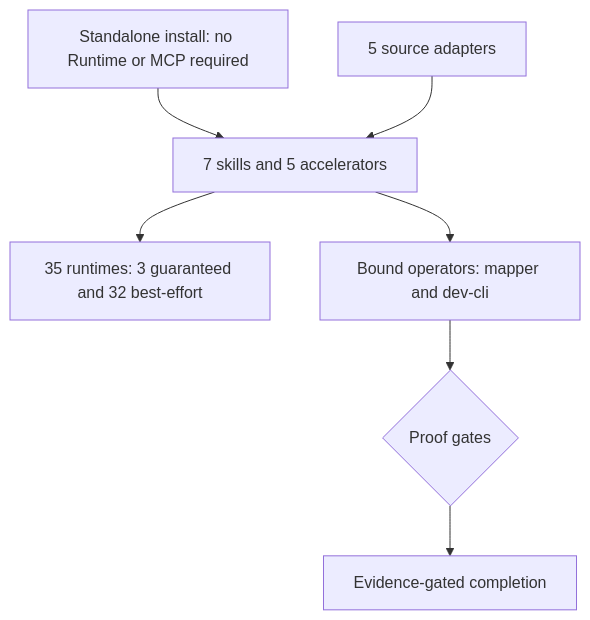
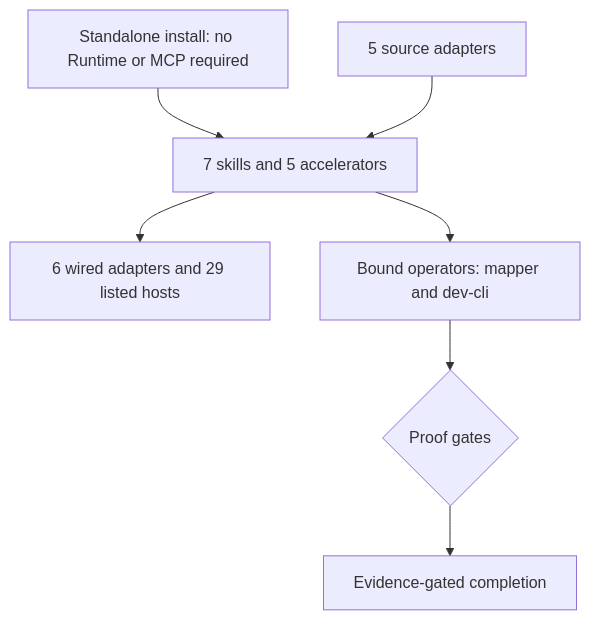
Before and after one commit to simpletibr/simplicio-loop: diagram 12 of 16 in docs/GUIDE.md, drawn with Mermaid. The commit also changed other lines of this file and 22 other files, not shown here.

````diff
--- a/docs/GUIDE.md
+++ b/docs/GUIDE.md
@@ -455,9 +455,9 @@
 ```mermaid
 flowchart TB
   INSTALL["Standalone install: no Runtime or MCP required"] --> SKILLS["7 skills and 5 accelerators"]
   SRC["5 source adapters"] --> SKILLS
-  SKILLS --> RT["35 runtimes: 3 guaranteed and 32 best-effort"]
+  SKILLS --> RT["6 wired adapters and 29 listed hosts"]
   SKILLS --> OPS["Bound operators: mapper and dev-cli"]
   OPS --> PROOF{"Proof gates"}
   PROOF --> OUT["Evidence-gated completion"]
 ```
````
